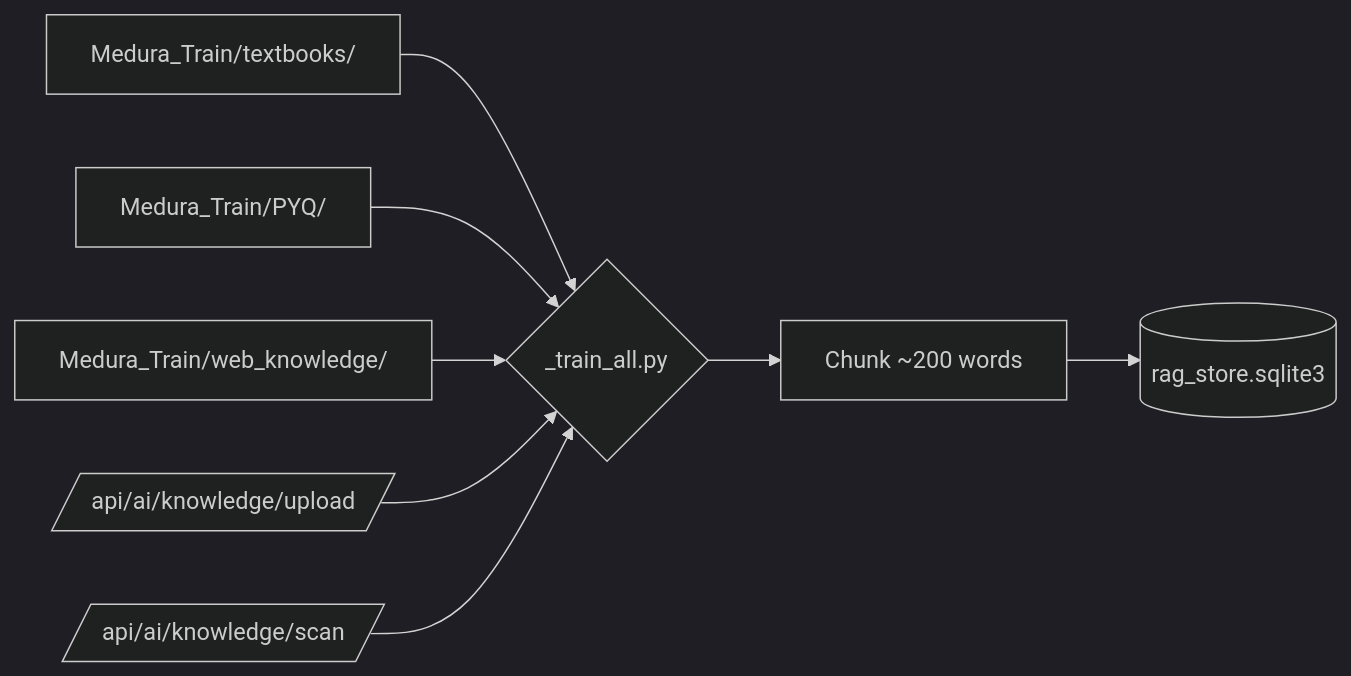
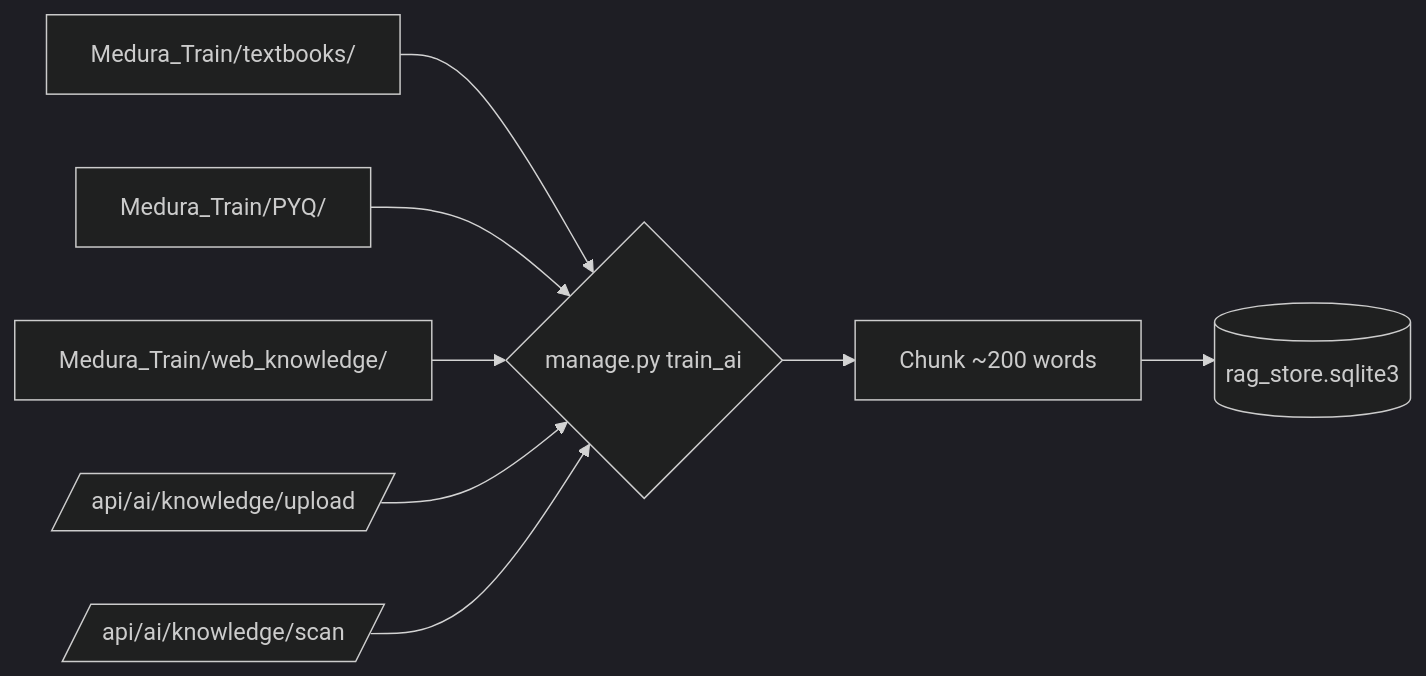
Before and after one commit to Divyanshu1Dubey/Crack_Me_AI: the tenth of 11 diagrams in docs/ARCHITECTURE.md, drawn with Mermaid (dark theme). The commit also changed other lines of this file and 26 other files, not shown here.

````diff
--- a/docs/ARCHITECTURE.md
+++ b/docs/ARCHITECTURE.md
@@ -421,10 +436,10 @@
 ```mermaid
 flowchart LR
-    A[Medura_Train/textbooks/] --> C{_train_all.py}
+    A[Medura_Train/textbooks/] --> C{manage.py train_ai}
     B[Medura_Train/PYQ/] --> C
     C2[Medura_Train/web_knowledge/] --> C
     C --> Chunk[Chunk ~200 words]
     Chunk --> TFIDF[(rag_store.sqlite3)]
     UI[/api/ai/knowledge/upload/] --> C
     Scan[/api/ai/knowledge/scan/] --> C
 ```
````
